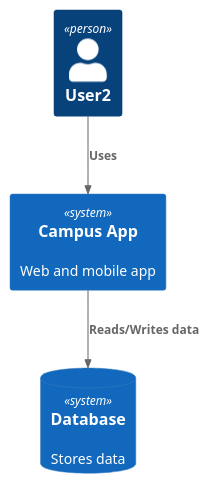
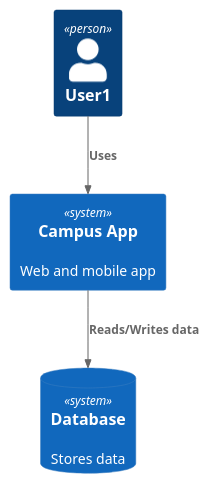
The diagram in docs/architecture/campus-app.puml (MarcelVSHNS/CampusApp), drawn with PlantUML before and after one commit.

Commit message:
Update user label from 'User2' to 'User1'

```diff
--- a/docs/architecture/campus-app.puml
+++ b/docs/architecture/campus-app.puml
@@ -1,11 +1,11 @@
 @startuml
 !include https://raw.githubusercontent.com/plantuml-stdlib/C4-PlantUML/master/C4_Context.puml
 
-Person(user, "User2")
+Person(user, "User1")
 System(system, "Campus App", "Web and mobile app")
 SystemDb(db, "Database", "Stores data")
 
 Rel(user, system, "Uses")
 Rel(system, db, "Reads/Writes data")
 
 @enduml
```
